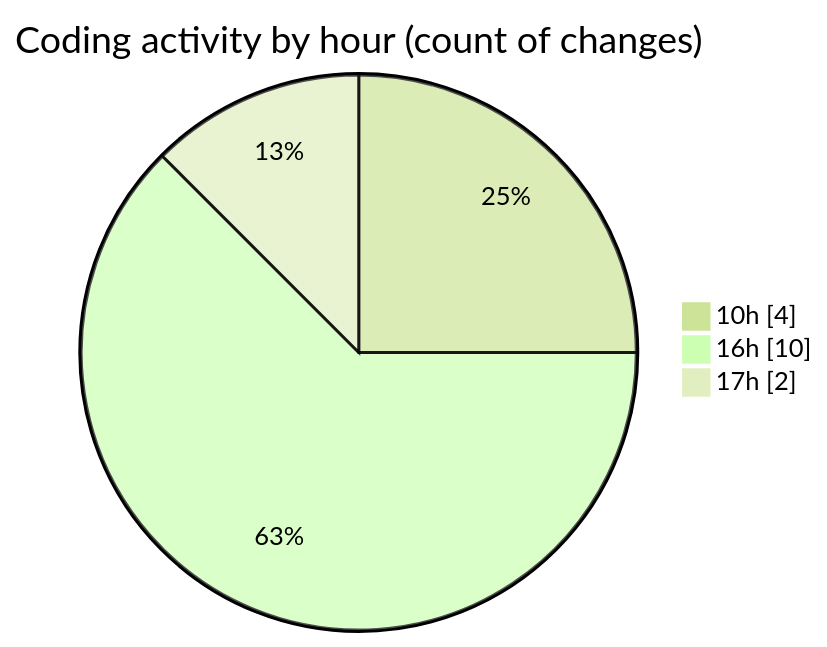
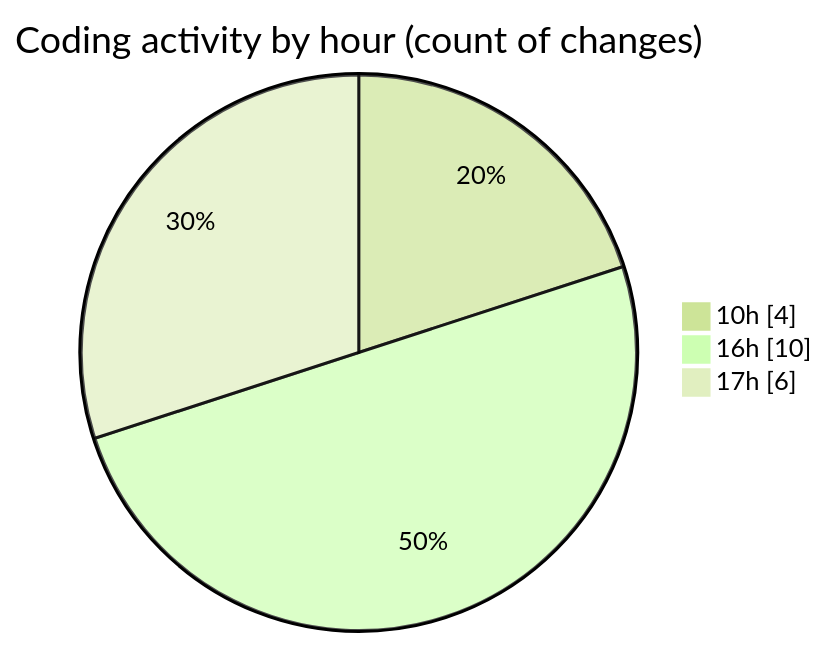
The second of 2 diagrams in 2025-04-17/horizon/README.md (vahidmafi/code-tracking), drawn with Mermaid (forest theme) before and after one commit. The commit also changed other lines of this file and 1 other file, not shown here.

````diff
--- a/2025-04-17/horizon/README.md
+++ b/2025-04-17/horizon/README.md
@@ -29,7 +29,7 @@
 ```mermaid
 pie showData
 title Coding activity by hour (count of changes)
 "10h" : 4
 "16h" : 10
-"17h" : 2
+"17h" : 6
 ```
````
